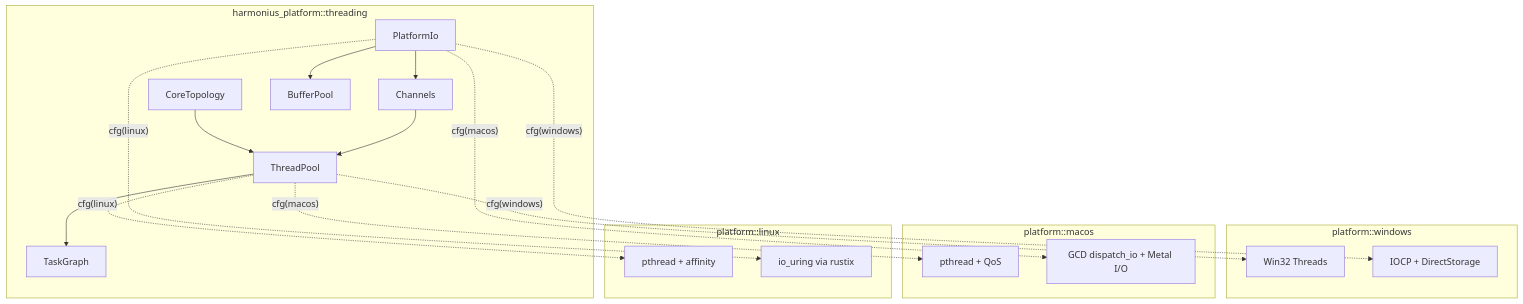
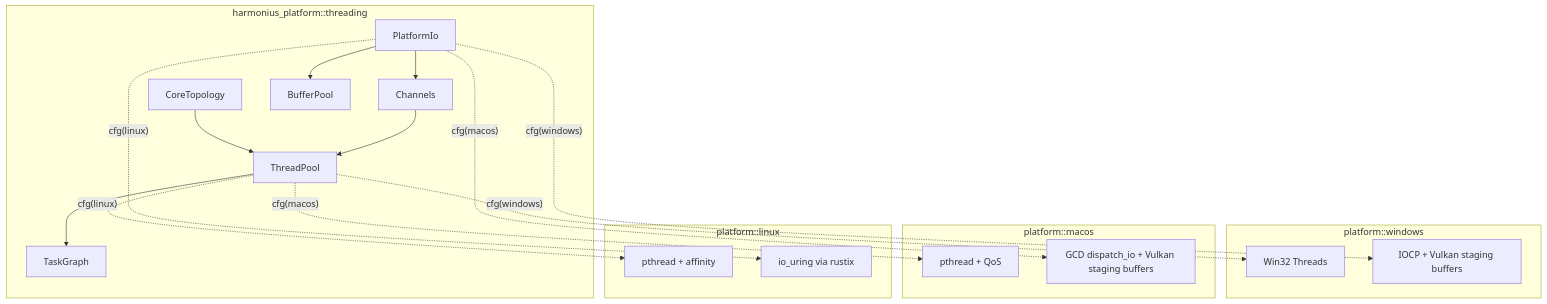
One commit to harmonius-dev/harmonius changed the first of 6 diagrams in docs/design/platform/threading.md. Above: the diagram before and after it, drawn with Mermaid. The commit also changed other lines of this file and 128 other files, not shown here.

````diff
--- a/docs/design/platform/threading.md
+++ b/docs/design/platform/threading.md
@@ -71,39 +71,39 @@
 ```mermaid
 graph TD
     subgraph "harmonius_platform::threading"
         CT[CoreTopology]
         TP[ThreadPool]
         TG[TaskGraph]
         IO[PlatformIo]
         CH[Channels]
         BP[BufferPool]
     end
 
     subgraph "platform::windows"
         WT[Win32 Threads]
-        WI[IOCP + DirectStorage]
+        WI[IOCP + Vulkan staging buffers]
     end
 
     subgraph "platform::macos"
         MT[pthread + QoS]
-        MI["GCD dispatch_io + Metal I/O"]
+        MI["GCD dispatch_io + Vulkan staging buffers"]
     end
 
     subgraph "platform::linux"
         LT[pthread + affinity]
         LI[io_uring via rustix]
     end
 
     CT --> TP
     TP --> TG
     IO --> BP
     IO --> CH
     CH --> TP
 
     TP -.->|"cfg(windows)"| WT
     TP -.->|"cfg(macos)"| MT
     TP -.->|"cfg(linux)"| LT
     IO -.->|"cfg(windows)"| WI
     IO -.->|"cfg(macos)"| MI
     IO -.->|"cfg(linux)"| LI
 ```
````
